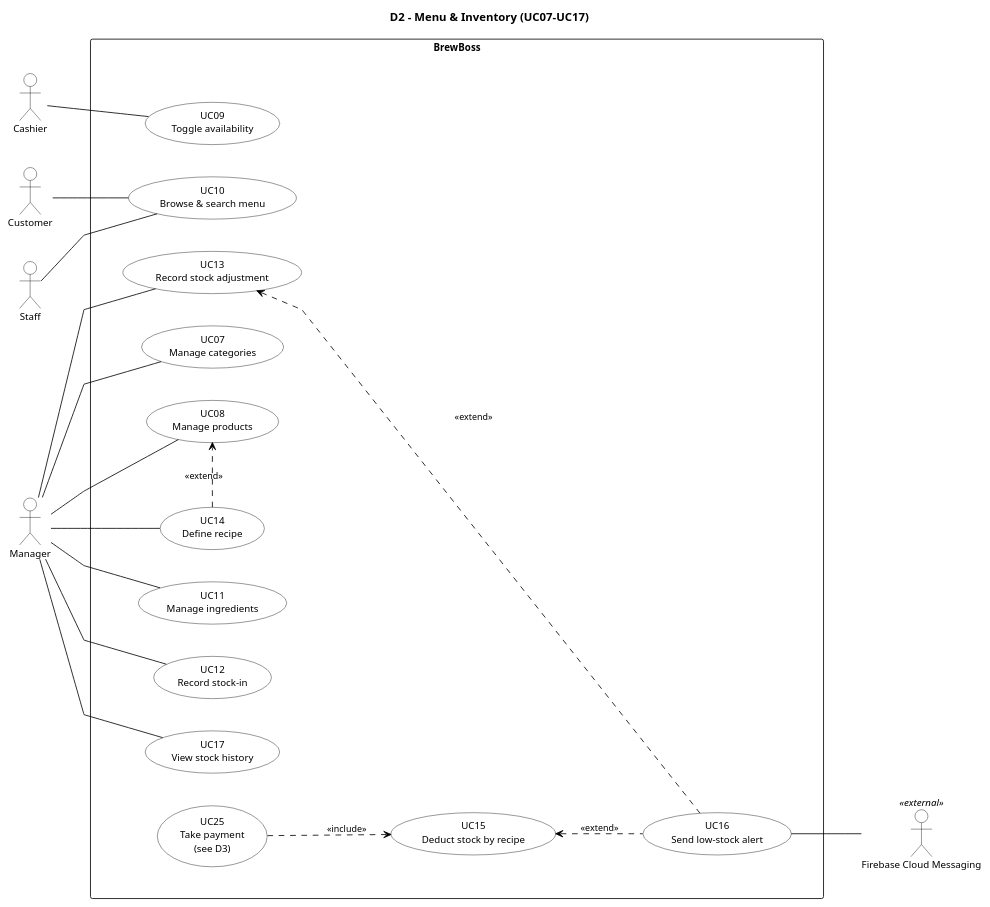
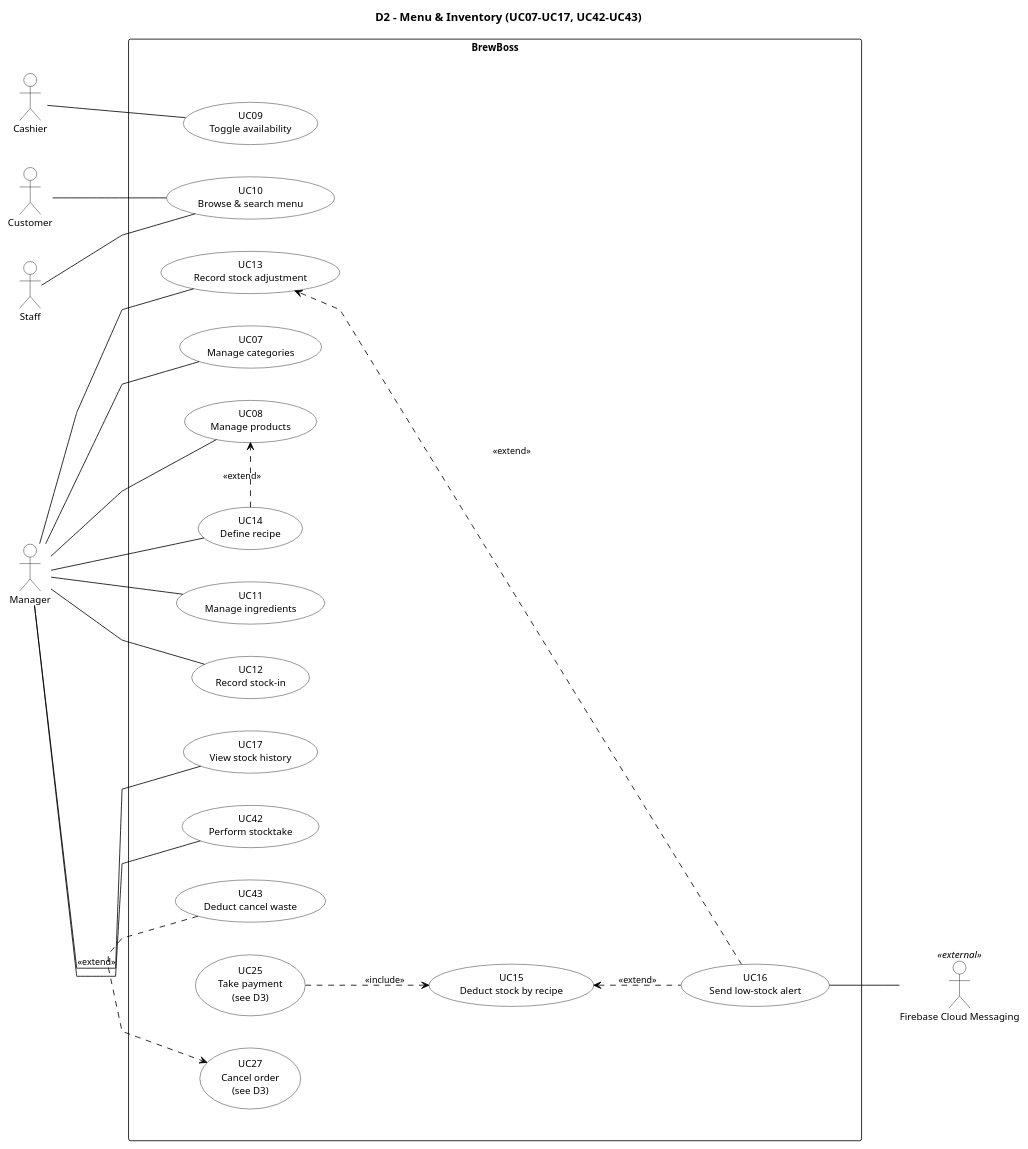
Before and after one commit to huytran303/CafeManagementSystem: the diagram in docs/diagrams/D2_MenuInventory.puml, drawn with PlantUML. The commit also changed 7 other files, not shown here.

First line of the commit message:
docs(diagrams): reflect cancel waste and stocktake in diagrams

```diff
--- a/docs/diagrams/D2_MenuInventory.puml
+++ b/docs/diagrams/D2_MenuInventory.puml
@@ -1,77 +1,82 @@
 @startuml BB_D2_MenuInventory
 left to right direction
 skinparam linetype polyline
 skinparam nodesep 40
 skinparam ranksep 60
 skinparam backgroundColor White
 skinparam shadowing false
 skinparam defaultFontName Helvetica
 skinparam defaultFontSize 12
 skinparam ArrowColor Black
 skinparam ArrowFontSize 11
 skinparam actor {
   BackgroundColor White
   BorderColor Black
 }
 skinparam usecase {
   BackgroundColor White
   BorderColor Black
 }
 skinparam rectangle {
   BackgroundColor White
   BorderColor Black
 }
 skinparam package {
   BackgroundColor White
   BorderColor Black
 }
 ' inner frame: invisible, only adds padding inside the system boundary
 skinparam rectangle<<inner>> {
   BorderColor Transparent
   FontColor Transparent
 }
 hide <<inner>> stereotype
 
-title D2 - Menu & Inventory (UC07-UC17)
+title D2 - Menu & Inventory (UC07-UC17, UC42-UC43)
 
 actor "Cashier" as CAS
 actor "Customer" as CUS
 actor "Staff" as STAFF
 actor "Manager" as MGR
 actor "Firebase Cloud Messaging" as FCM <<external>>
 
 rectangle "BrewBoss" {
   rectangle " " <<inner>> {
     usecase "UC13\nRecord stock adjustment" as UC13
     usecase "UC07\nManage categories" as UC07
     usecase "UC08\nManage products" as UC08
     usecase "UC14\nDefine recipe" as UC14
     usecase "UC09\nToggle availability" as UC09
     usecase "UC10\nBrowse & search menu" as UC10
     usecase "UC11\nManage ingredients" as UC11
     usecase "UC12\nRecord stock-in" as UC12
     usecase "UC15\nDeduct stock by recipe" as UC15
     usecase "UC16\nSend low-stock alert" as UC16
     usecase "UC17\nView stock history" as UC17
+    usecase "UC42\nPerform stocktake" as UC42
+    usecase "UC43\nDeduct cancel waste" as UC43
     usecase "UC25\nTake payment\n(see D3)" as UC25
+    usecase "UC27\nCancel order\n(see D3)" as UC27
   }
 }
 
 CAS -- UC09
 STAFF -- UC10
 CUS -- UC10
 
 MGR -- UC13
 MGR -- UC07
 MGR -- UC08
 MGR -- UC11
 MGR -- UC12
 MGR -- UC14
 MGR -- UC17
+MGR -- UC42
 
 UC14 .[norank].> UC08 : <<extend>>
 UC25 ..> UC15 : <<include>>
 UC15 <.. UC16 : <<extend>>
 UC16 .[norank].> UC13 : <<extend>>
+UC43 .[norank].> UC27 : <<extend>>
 UC16 -- FCM
 @enduml
```
